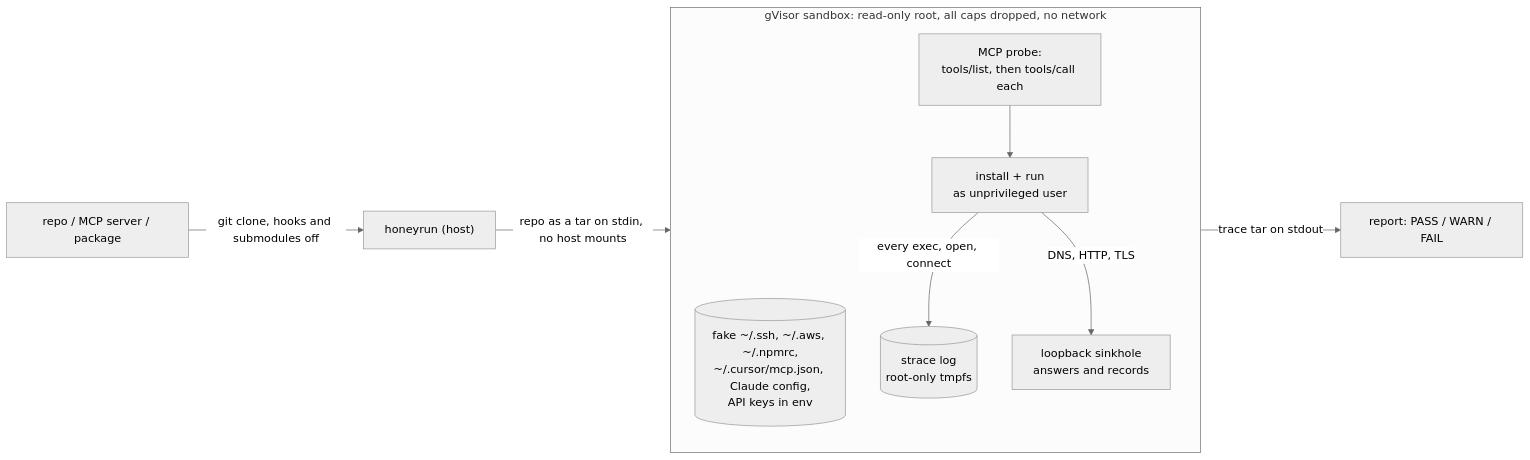
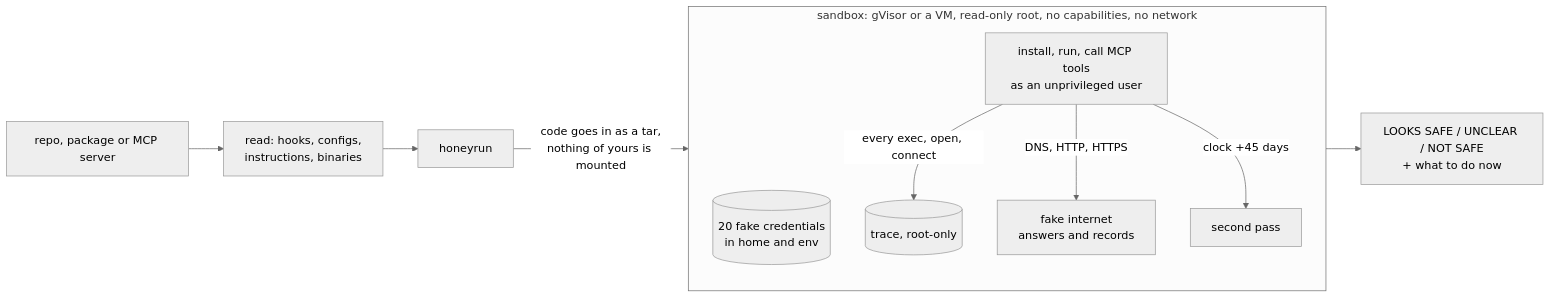
One commit to m4xkushnir/honeyrun changed the diagram in README.md. Above: the diagram before and after it, drawn with Mermaid (neutral theme). The commit also changed other lines of this file and 53 other files, not shown here.

````diff
--- a/README.md
+++ b/README.md
@@ -64,13 +92,14 @@
 ```mermaid
 flowchart LR
-  T["repo / MCP server / package"] -->|"git clone, hooks and submodules off"| H["honeyrun (host)"]
-  H -->|"repo as a tar on stdin, no host mounts"| S
-  subgraph S["gVisor sandbox: read-only root, all caps dropped, no network"]
-    B[("fake ~/.ssh, ~/.aws, ~/.npmrc,<br/>~/.cursor/mcp.json, Claude config,<br/>API keys in env")]
-    W["install + run<br/>as unprivileged user"]
-    P["MCP probe:<br/>tools/list, then tools/call each"] --> W
-    W -->|"every exec, open, connect"| X[("strace log<br/>root-only tmpfs")]
-    W -->|"DNS, HTTP, TLS"| K["loopback sinkhole<br/>answers and records"]
+  T["repo, package or MCP server"] --> R["read: hooks, configs,<br/>instructions, binaries"]
+  R --> H["honeyrun"]
+  H -->|"code goes in as a tar,<br/>nothing of yours is mounted"| S
+  subgraph S["sandbox: gVisor or a VM, read-only root, no capabilities, no network"]
+    B[("20 fake credentials<br/>in home and env")]
+    W["install, run, call MCP tools<br/>as an unprivileged user"]
+    W -->|"every exec, open, connect"| X[("trace, root-only")]
+    W -->|"DNS, HTTP, HTTPS"| K["fake internet<br/>answers and records"]
+    W -->|"clock +45 days"| L["second pass"]
   end
-  S -->|"trace tar on stdout"| R["report: PASS / WARN / FAIL"]
+  S --> V["LOOKS SAFE / UNCLEAR / NOT SAFE<br/>+ what to do now"]
 ```
````
